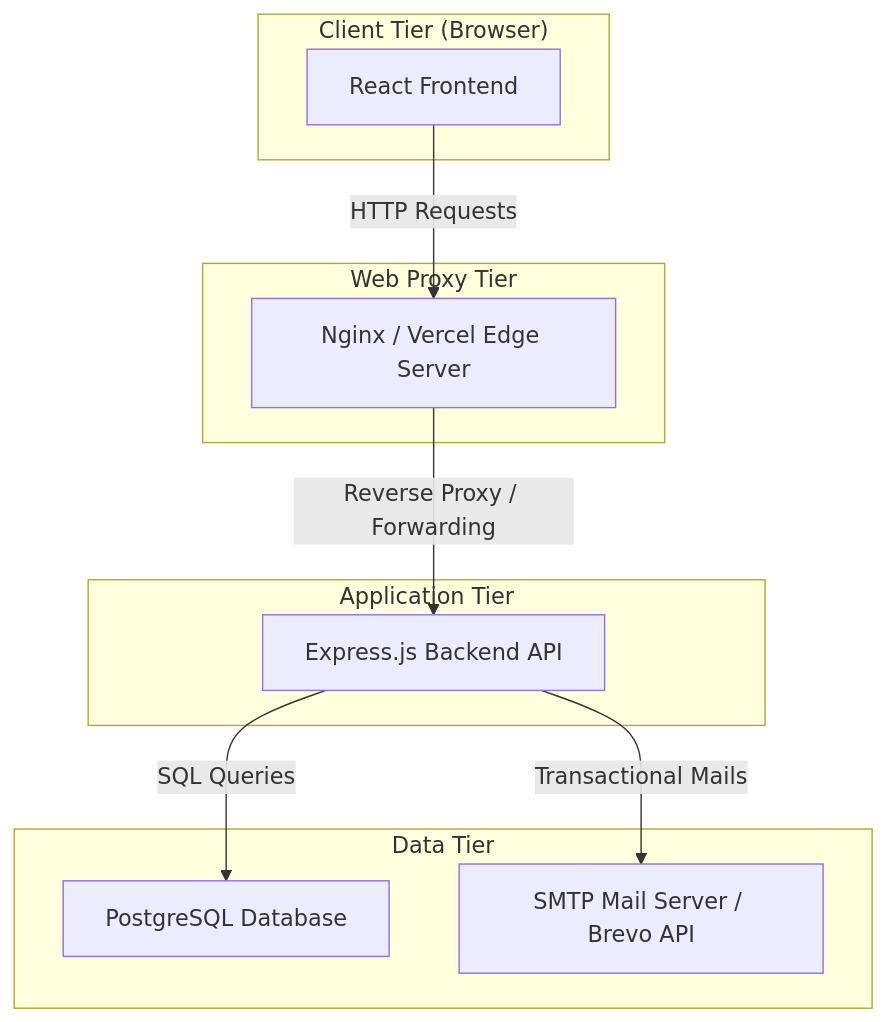
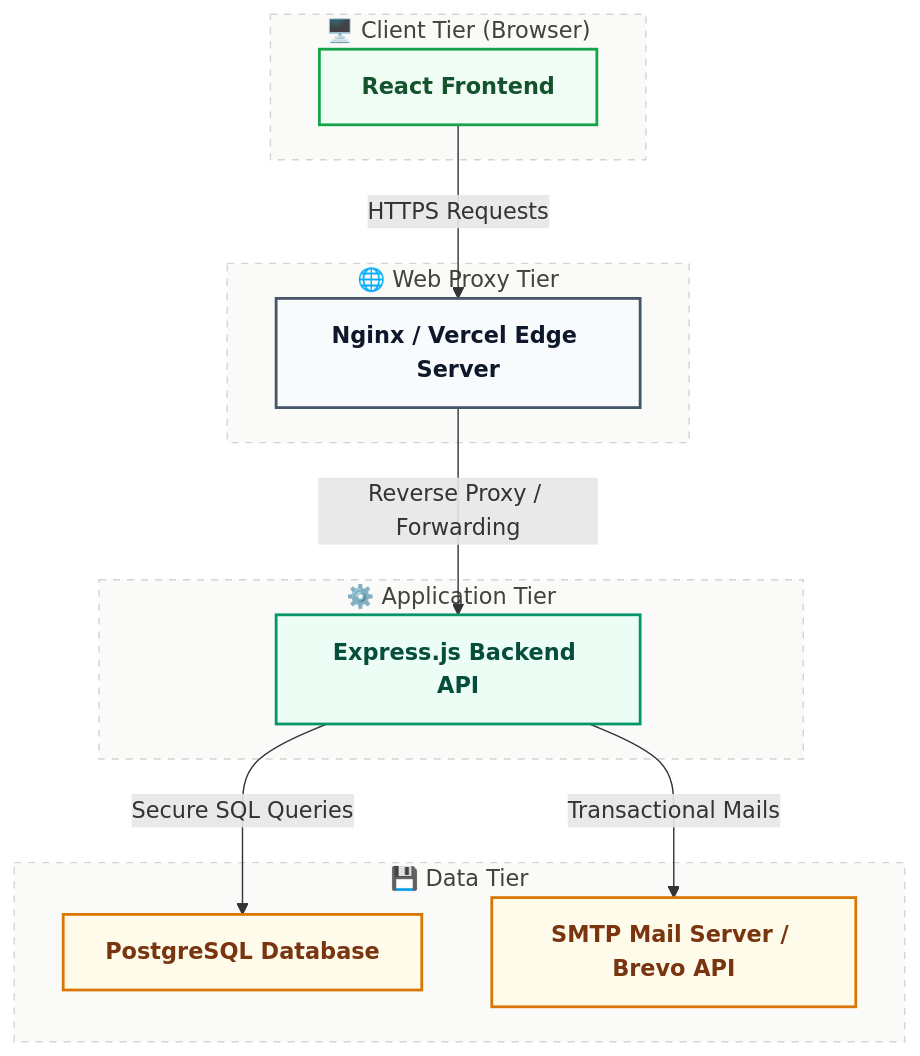
One commit to urayenezajeand/agri-market-platform changed the first of 2 diagrams in project_report.md. Above: the diagram before and after it, drawn with Mermaid. The commit also changed other lines of this file and 7 other files, not shown here.

````diff
--- a/project_report.md
+++ b/project_report.md
@@ -73,24 +73,33 @@
 ```mermaid
 graph TD
-    subgraph Client ["Client Tier (Browser)"]
-        A[React Frontend]
+    %% Custom Styling definitions to match agricultural green/sage themes
+    classDef client fill:#f0fdf4,stroke:#16a34a,stroke-width:2px,color:#14532d,font-weight:bold;
+    classDef proxy fill:#f8fafc,stroke:#475569,stroke-width:2px,color:#0f172a,font-weight:bold;
+    classDef app fill:#ecfdf5,stroke:#059669,stroke-width:2px,color:#064e3b,font-weight:bold;
+    classDef data fill:#fffbeb,stroke:#d97706,stroke-width:2px,color:#78350f,font-weight:bold;
+    classDef subgraphStyle fill:#fafaf9,stroke:#d6d3d1,stroke-width:1px,color:#44403c,stroke-dasharray: 5 5;
+
+    subgraph Client ["🖥️ Client Tier (Browser)"]
+        A[React Frontend]:::client
     end
 
-    subgraph Proxy ["Web Proxy Tier"]
-        B[Nginx / Vercel Edge Server]
+    subgraph Proxy ["🌐 Web Proxy Tier"]
+        B[Nginx / Vercel Edge Server]:::proxy
     end
 
-    subgraph App ["Application Tier"]
-        C[Express.js Backend API]
+    subgraph App ["⚙️ Application Tier"]
+        C[Express.js Backend API]:::app
     end
 
-    subgraph Data ["Data Tier"]
-        D[PostgreSQL Database]
-        E[SMTP Mail Server / Brevo API]
+    subgraph Data ["💾 Data Tier"]
+        D[PostgreSQL Database]:::data
+        E[SMTP Mail Server / Brevo API]:::data
     end
 
-    A -->|HTTP Requests| B
+    A -->|HTTPS Requests| B
     B -->|Reverse Proxy / Forwarding| C
-    C -->|SQL Queries| D
+    C -->|Secure SQL Queries| D
     C -->|Transactional Mails| E
+
+    class Client,Proxy,App,Data subgraphStyle;
 ```
````
